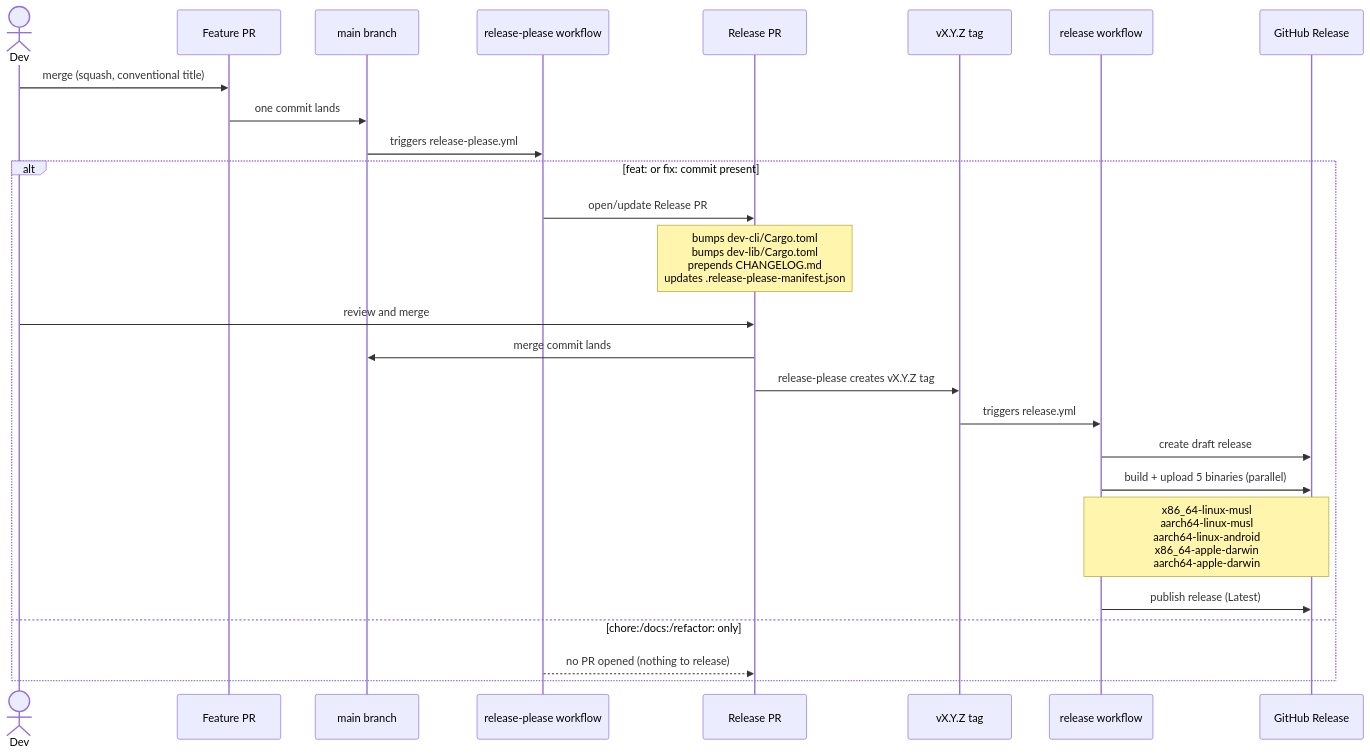
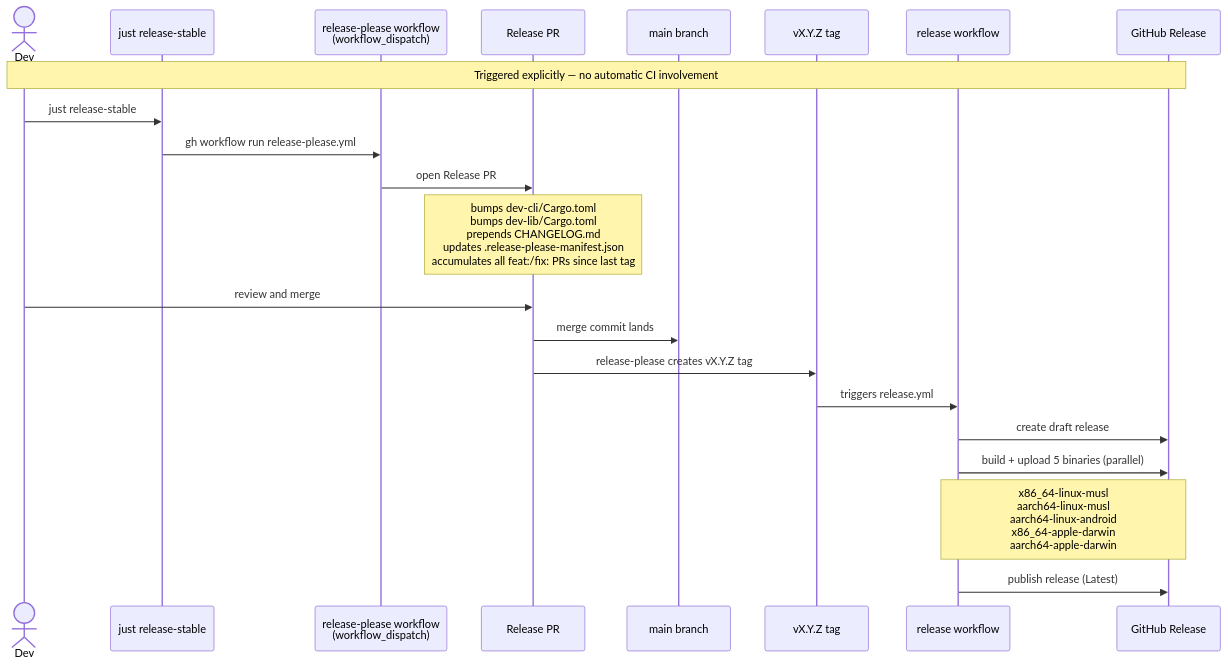
Before and after one commit to thompsonson/dev: the first of 2 diagrams in docs/adr/001-release-automation.md, drawn with Mermaid. The commit also changed other lines of this file, not shown here.

Commit message:
docs: update ADR 001 — manual trigger via just release-stable, revised sequence diagrams

````diff
--- a/docs/adr/001-release-automation.md
+++ b/docs/adr/001-release-automation.md
@@ -52,30 +58,26 @@
 ```mermaid
 sequenceDiagram
     actor Dev
-    participant PR as Feature PR
+    participant J as just release-stable
+    participant RP as release-please workflow<br/>(workflow_dispatch)
+    participant RPR as Release PR
     participant main as main branch
-    participant RP as release-please workflow
-    participant RPR as Release PR
     participant tag as vX.Y.Z tag
     participant RW as release workflow
     participant GHR as GitHub Release
 
-    Dev->>PR: merge (squash, conventional title)
-    PR->>main: one commit lands
-    main->>RP: triggers release-please.yml
+    Note over Dev,GHR: Triggered explicitly — no automatic CI involvement
 
-    alt feat: or fix: commit present
-        RP->>RPR: open/update Release PR
-        Note over RPR: bumps dev-cli/Cargo.toml<br/>bumps dev-lib/Cargo.toml<br/>prepends CHANGELOG.md<br/>updates .release-please-manifest.json
-        Dev->>RPR: review and merge
-        RPR->>main: merge commit lands
-        RPR->>tag: release-please creates vX.Y.Z tag
-        tag->>RW: triggers release.yml
-        RW->>GHR: create draft release
-        RW->>GHR: build + upload 5 binaries (parallel)
-        Note over RW,GHR: x86_64-linux-musl<br/>aarch64-linux-musl<br/>aarch64-linux-android<br/>x86_64-apple-darwin<br/>aarch64-apple-darwin
-        RW->>GHR: publish release (Latest)
-    else chore:/docs:/refactor: only
-        RP-->>RPR: no PR opened (nothing to release)
-    end
+    Dev->>J: just release-stable
+    J->>RP: gh workflow run release-please.yml
+    RP->>RPR: open Release PR
+    Note over RPR: bumps dev-cli/Cargo.toml<br/>bumps dev-lib/Cargo.toml<br/>prepends CHANGELOG.md<br/>updates .release-please-manifest.json<br/>accumulates all feat:/fix: PRs since last tag
+    Dev->>RPR: review and merge
+    RPR->>main: merge commit lands
+    RPR->>tag: release-please creates vX.Y.Z tag
+    tag->>RW: triggers release.yml
+    RW->>GHR: create draft release
+    RW->>GHR: build + upload 5 binaries (parallel)
+    Note over RW,GHR: x86_64-linux-musl<br/>aarch64-linux-musl<br/>aarch64-linux-android<br/>x86_64-apple-darwin<br/>aarch64-apple-darwin
+    RW->>GHR: publish release (Latest)
 ```
````
